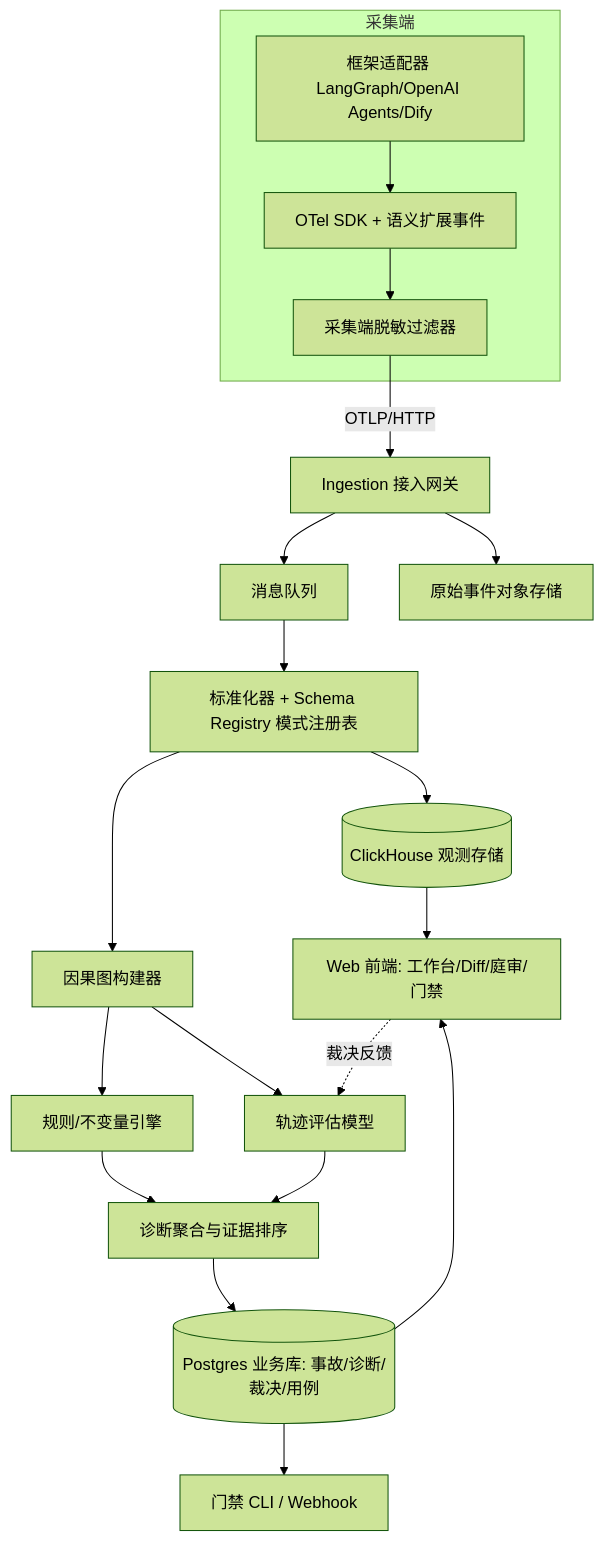
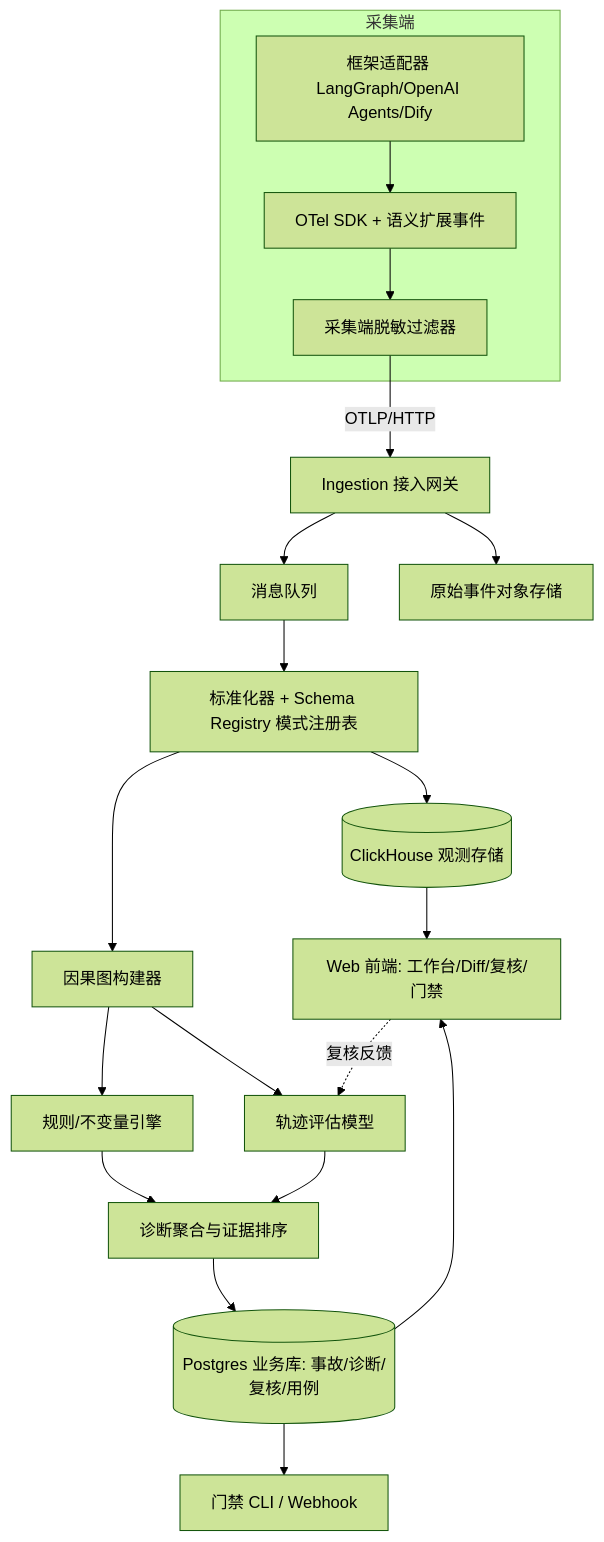
Before and after one commit to soberanisdiocelina703-sketch/agent-ob: the third of 3 diagrams in second-week/agent-tracing-product-design.md, drawn with Mermaid (forest theme). The commit also changed other lines of this file and 4 other files, not shown here.

````diff
--- a/second-week/agent-tracing-product-design.md
+++ b/second-week/agent-tracing-product-design.md
@@ -463,22 +510,22 @@
 ```mermaid
 flowchart TB
   subgraph 采集端
     A1[框架适配器 LangGraph/OpenAI Agents/Dify] --> A2[OTel SDK + 语义扩展事件]
     A2 --> A3[采集端脱敏过滤器]
   end
   A3 -->|OTLP/HTTP| B1[Ingestion 接入网关]
   B1 --> B2[消息队列]
   B1 --> B3[原始事件对象存储]
   B2 --> C1[标准化器 + Schema Registry 模式注册表]
   C1 --> C2[(ClickHouse 观测存储)]
   C1 --> C3[因果图构建器]
   C3 --> D1[规则/不变量引擎]
   C3 --> D2[轨迹评估模型]
   D1 --> E1[诊断聚合与证据排序]
   D2 --> E1
-  E1 --> F1[(Postgres 业务库: 事故/诊断/裁决/用例)]
-  C2 --> G1[Web 前端: 工作台/Diff/庭审/门禁]
+  E1 --> F1[(Postgres 业务库: 事故/诊断/复核/用例)]
+  C2 --> G1[Web 前端: 工作台/Diff/复核/门禁]
   F1 --> G1
   F1 --> H1[门禁 CLI / Webhook]
-  G1 -.裁决反馈.-> D2
+  G1 -.复核反馈.-> D2
 ```
````
